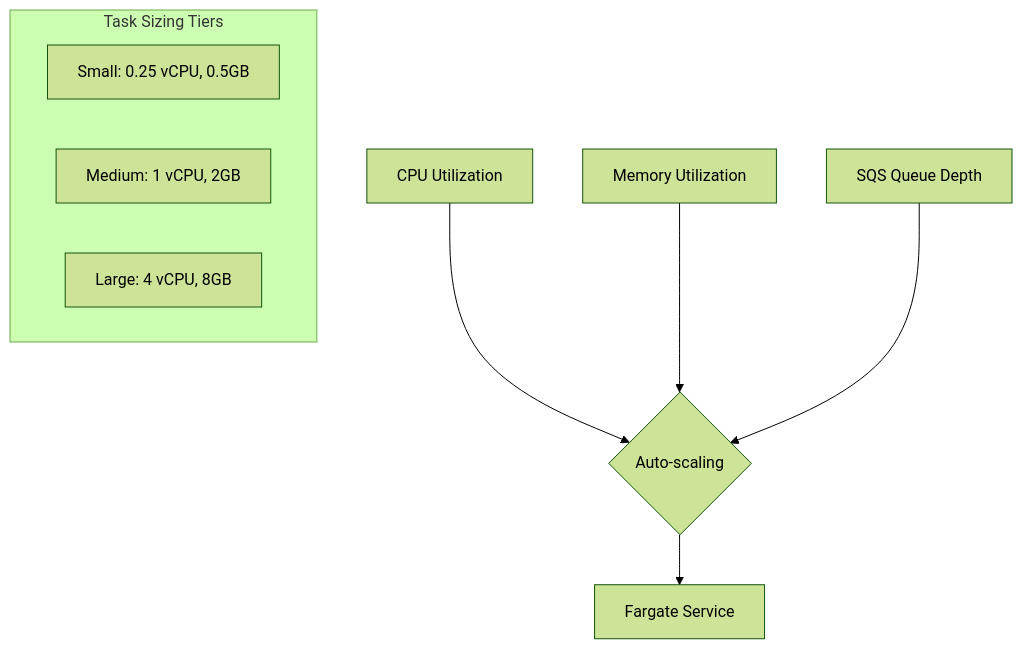
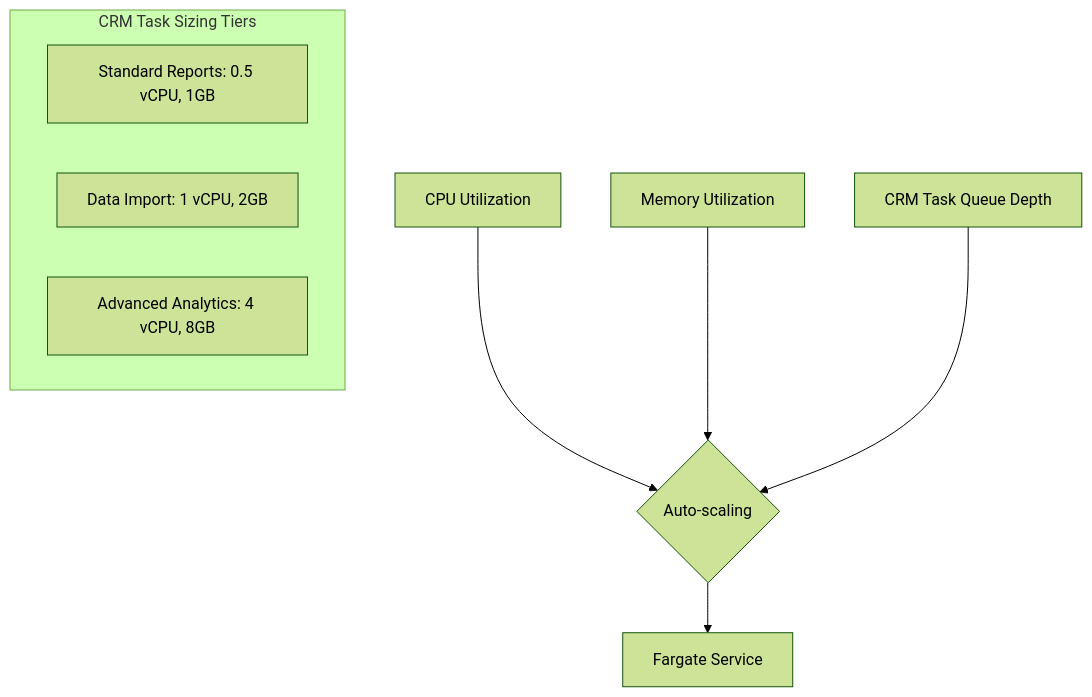
One commit to philkunz/fargate changed the eighth of 12 diagrams in architecture/scaling.md. Above: the diagram before and after it, drawn with Mermaid (forest theme). The commit also changed other lines of this file and 11 other files, not shown here.

Commit message:
feat(documentation): Revamp Zebros CRM serverless architecture documentation with updated diagrams, expanded API, authentication, long-running tasks, data storage, and scaling details

````diff
--- a/architecture/scaling.md
+++ b/architecture/scaling.md
@@ -149,14 +187,14 @@
 ```mermaid
 graph TD
     CPUUtilization[CPU Utilization] --> FargateScaling{Auto-scaling}
     MemoryUtilization[Memory Utilization] --> FargateScaling
-    QueueDepth[SQS Queue Depth] --> FargateScaling
+    TaskQueue[CRM Task Queue Depth] --> FargateScaling
     
     FargateScaling --> FargateService[Fargate Service]
     
-    subgraph "Task Sizing Tiers"
-        Small[Small: 0.25 vCPU, 0.5GB]
-        Medium[Medium: 1 vCPU, 2GB]
-        Large[Large: 4 vCPU, 8GB]
+    subgraph "CRM Task Sizing Tiers"
+        StandardReports[Standard Reports: 0.5 vCPU, 1GB]
+        DataImport[Data Import: 1 vCPU, 2GB]
+        AdvancedAnalytics[Advanced Analytics: 4 vCPU, 8GB]
     end
 ```
````
